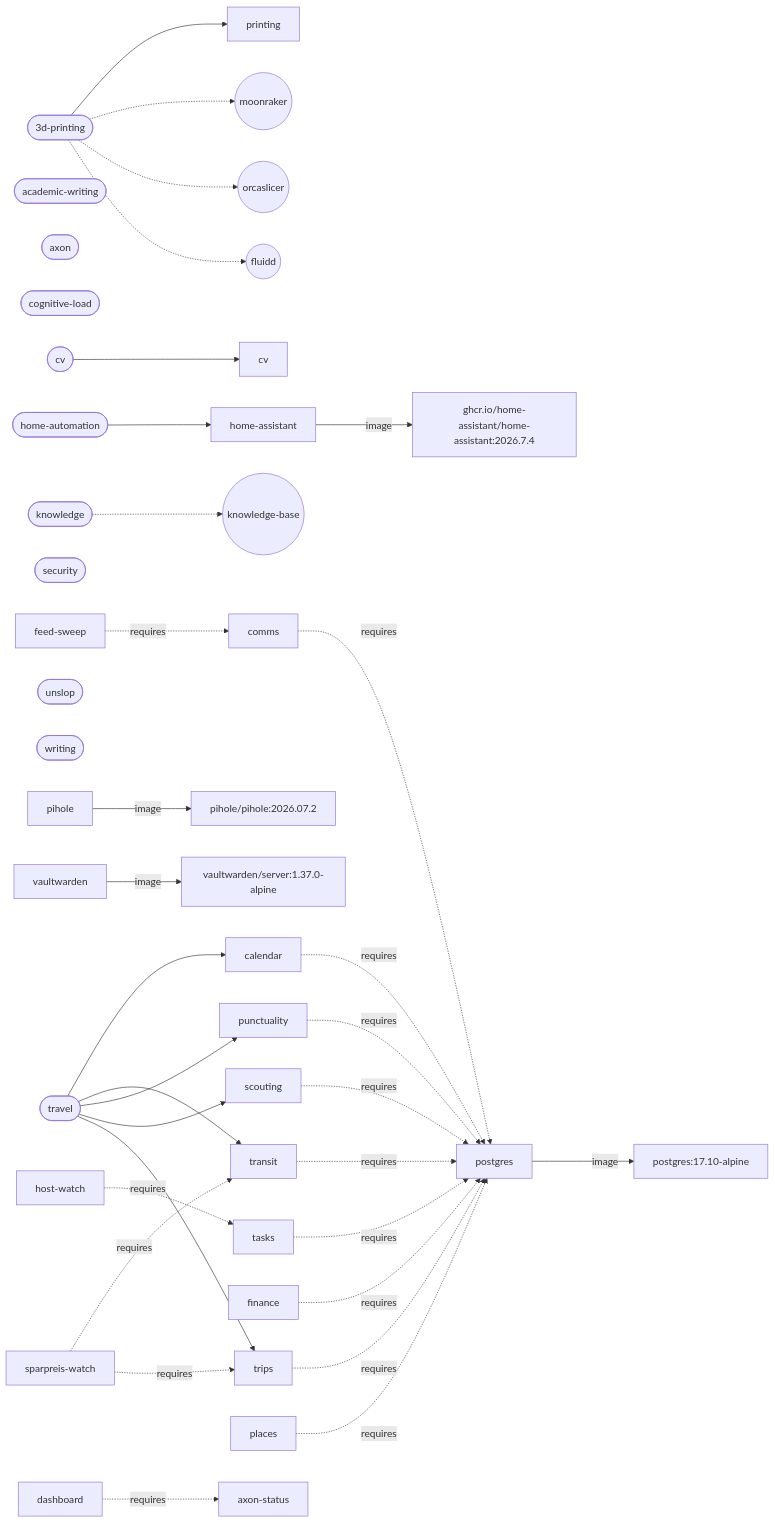
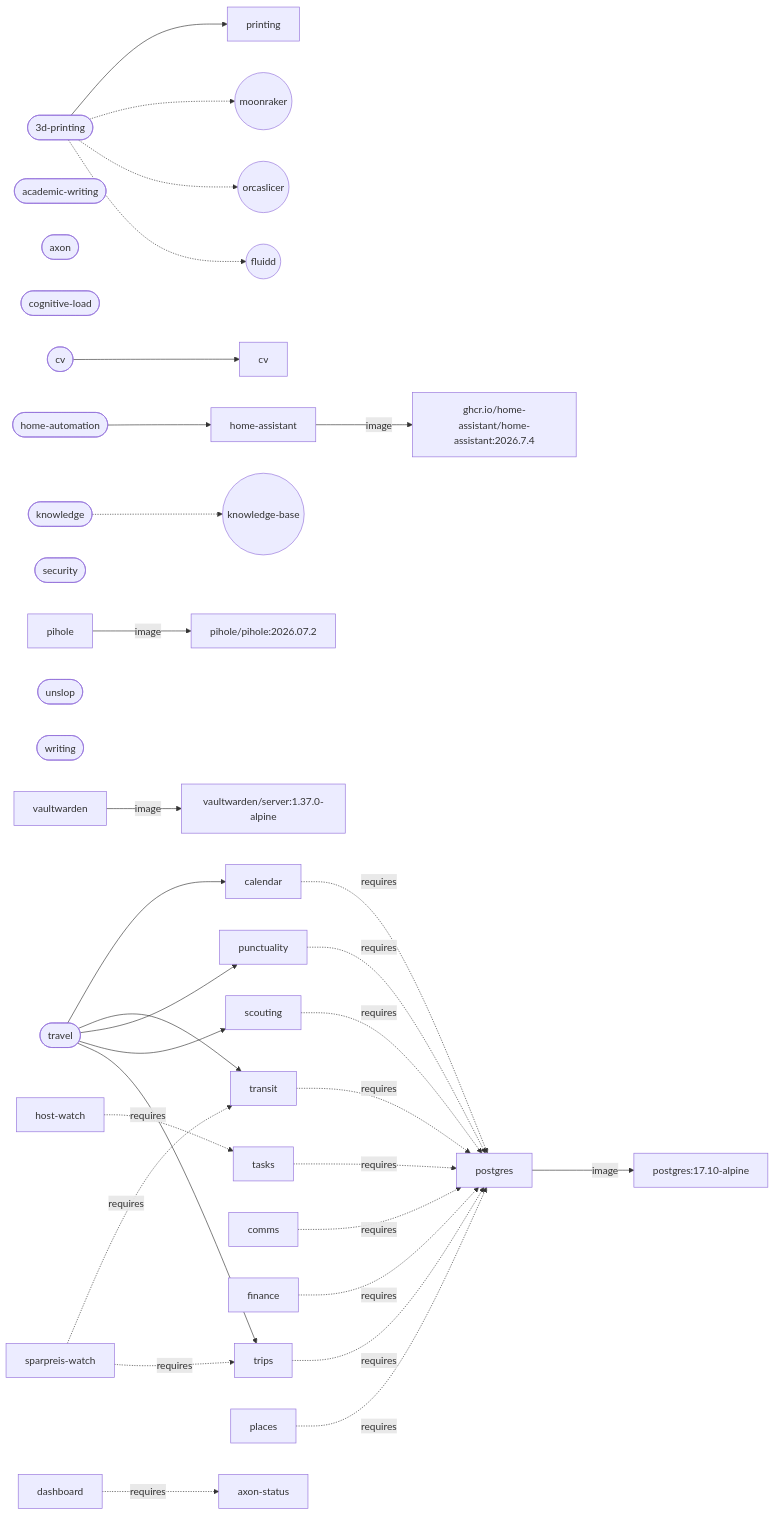
The diagram in ARCHITECTURE.md (larsboes/Axon), drawn with Mermaid before and after one commit. The commit also changed other lines of this file and 12 other files, not shown here.

````diff
--- a/ARCHITECTURE.md
+++ b/ARCHITECTURE.md
@@ -134,44 +133,43 @@
 ```mermaid
 flowchart LR
   pack_3d_printing(["3d-printing"])
   pack_3d_printing --> cap_printing["printing"]
   pack_3d_printing -.-> sys_moonraker(("moonraker"))
   pack_3d_printing -.-> sys_orcaslicer(("orcaslicer"))
   pack_3d_printing -.-> sys_fluidd(("fluidd"))
   pack_academic_writing(["academic-writing"])
   pack_axon(["axon"])
   pack_cognitive_load(["cognitive-load"])
   pack_cv(["cv"])
   pack_cv --> cap_cv["cv"]
   pack_home_automation(["home-automation"])
   pack_home_automation --> cap_home_assistant["home-assistant"]
   pack_knowledge(["knowledge"])
   pack_knowledge -.-> sys_knowledge_base(("knowledge-base"))
   pack_security(["security"])
   pack_travel(["travel"])
   pack_travel --> cap_calendar["calendar"]
   pack_travel --> cap_transit["transit"]
   pack_travel --> cap_punctuality["punctuality"]
   pack_travel --> cap_scouting["scouting"]
   pack_travel --> cap_trips["trips"]
   pack_unslop(["unslop"])
   pack_writing(["writing"])
   cap_home_assistant["home-assistant"] -->|image| img_ghcr_io_home_assistant_home_assistant["ghcr.io/home-assistant/home-assistant:2026.7.4"]
   cap_pihole["pihole"] -->|image| img_pihole_pihole["pihole/pihole:2026.07.2"]
   cap_postgres["postgres"] -->|image| img_postgres["postgres:17.10-alpine"]
   cap_vaultwarden["vaultwarden"] -->|image| img_vaultwarden_server["vaultwarden/server:1.37.0-alpine"]
   cap_calendar["calendar"] -.->|requires| cap_postgres["postgres"]
   cap_comms["comms"] -.->|requires| cap_postgres["postgres"]
-  cap_feed_sweep["feed-sweep"] -.->|requires| cap_comms["comms"]
   cap_finance["finance"] -.->|requires| cap_postgres["postgres"]
   cap_host_watch["host-watch"] -.->|requires| cap_tasks["tasks"]
   cap_places["places"] -.->|requires| cap_postgres["postgres"]
   cap_punctuality["punctuality"] -.->|requires| cap_postgres["postgres"]
   cap_scouting["scouting"] -.->|requires| cap_postgres["postgres"]
   cap_sparpreis_watch["sparpreis-watch"] -.->|requires| cap_transit["transit"]
   cap_sparpreis_watch["sparpreis-watch"] -.->|requires| cap_trips["trips"]
   cap_tasks["tasks"] -.->|requires| cap_postgres["postgres"]
   cap_transit["transit"] -.->|requires| cap_postgres["postgres"]
   cap_trips["trips"] -.->|requires| cap_postgres["postgres"]
   cap_dashboard["dashboard"] -.->|requires| cap_axon_status["axon-status"]
 ```
````
